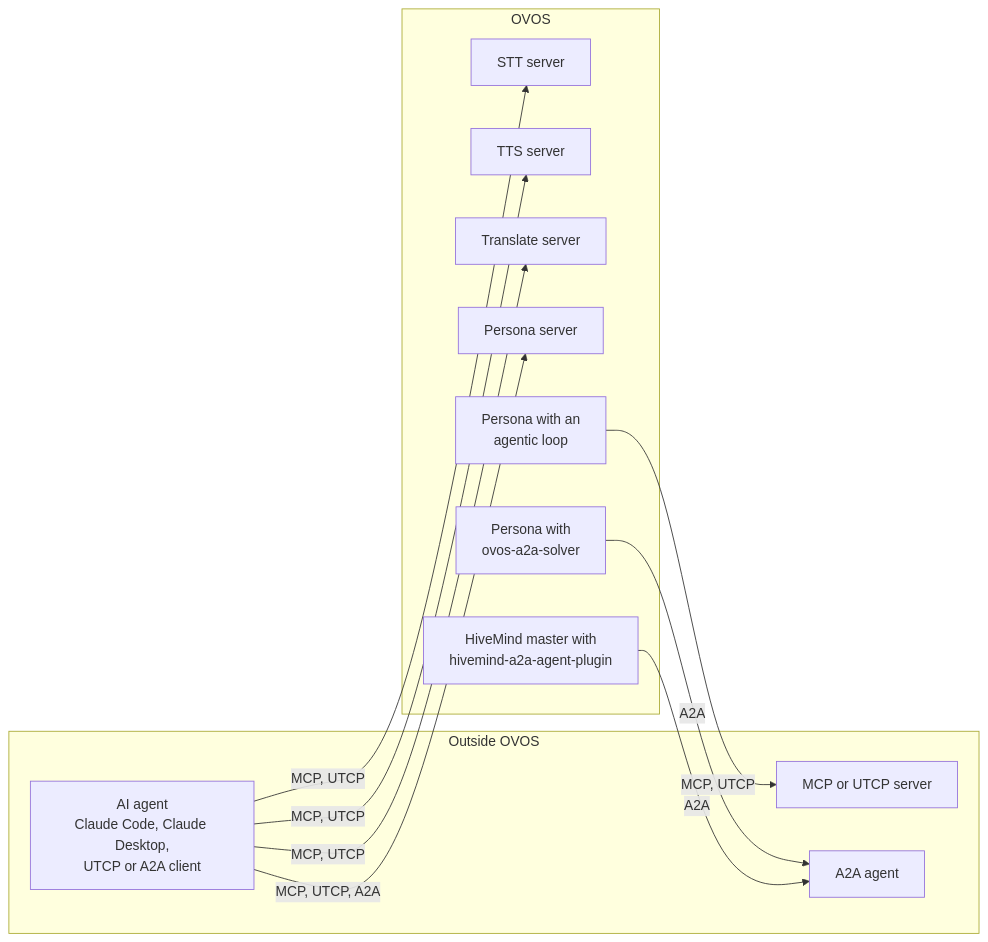
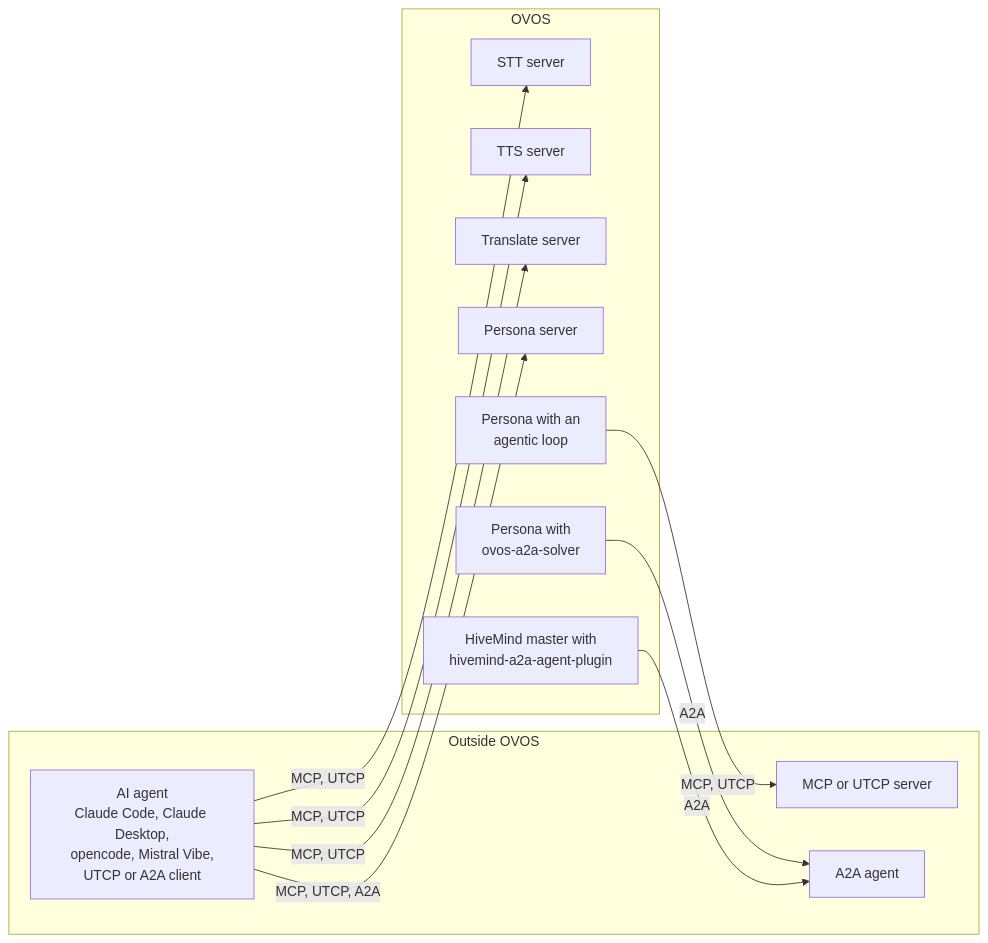
Before and after one commit to OpenVoiceOS/beta-technical-manual: the diagram in docs/ai-agents.md, drawn with Mermaid. The commit also changed other lines of this file and 32 other files, not shown here.

First line of the commit message:
docs: add opencode and Vibe MCP recipes, state the latest alpha (#32)

````diff
--- a/docs/ai-agents.md
+++ b/docs/ai-agents.md
@@ -33,24 +33,24 @@
 ```mermaid
 flowchart LR
     subgraph Outside OVOS
-        Agent["AI agent<br/>Claude Code, Claude Desktop,<br/>UTCP or A2A client"]
+        Agent["AI agent<br/>Claude Code, Claude Desktop,<br/>opencode, Mistral Vibe,<br/>UTCP or A2A client"]
         ExtTools["MCP or UTCP server"]
         ExtA2A["A2A agent"]
     end
     subgraph OVOS
         STT[STT server]
         TTS[TTS server]
         TX[Translate server]
         PS[Persona server]
         Loop["Persona with an<br/>agentic loop"]
         Solver["Persona with<br/>ovos-a2a-solver"]
         HM["HiveMind master with<br/>hivemind-a2a-agent-plugin"]
     end
     Agent -->|"MCP, UTCP"| STT
     Agent -->|"MCP, UTCP"| TTS
     Agent -->|"MCP, UTCP"| TX
     Agent -->|"MCP, UTCP, A2A"| PS
     Loop -->|"MCP, UTCP"| ExtTools
     Solver -->|A2A| ExtA2A
     HM -->|A2A| ExtA2A
 ```
````
